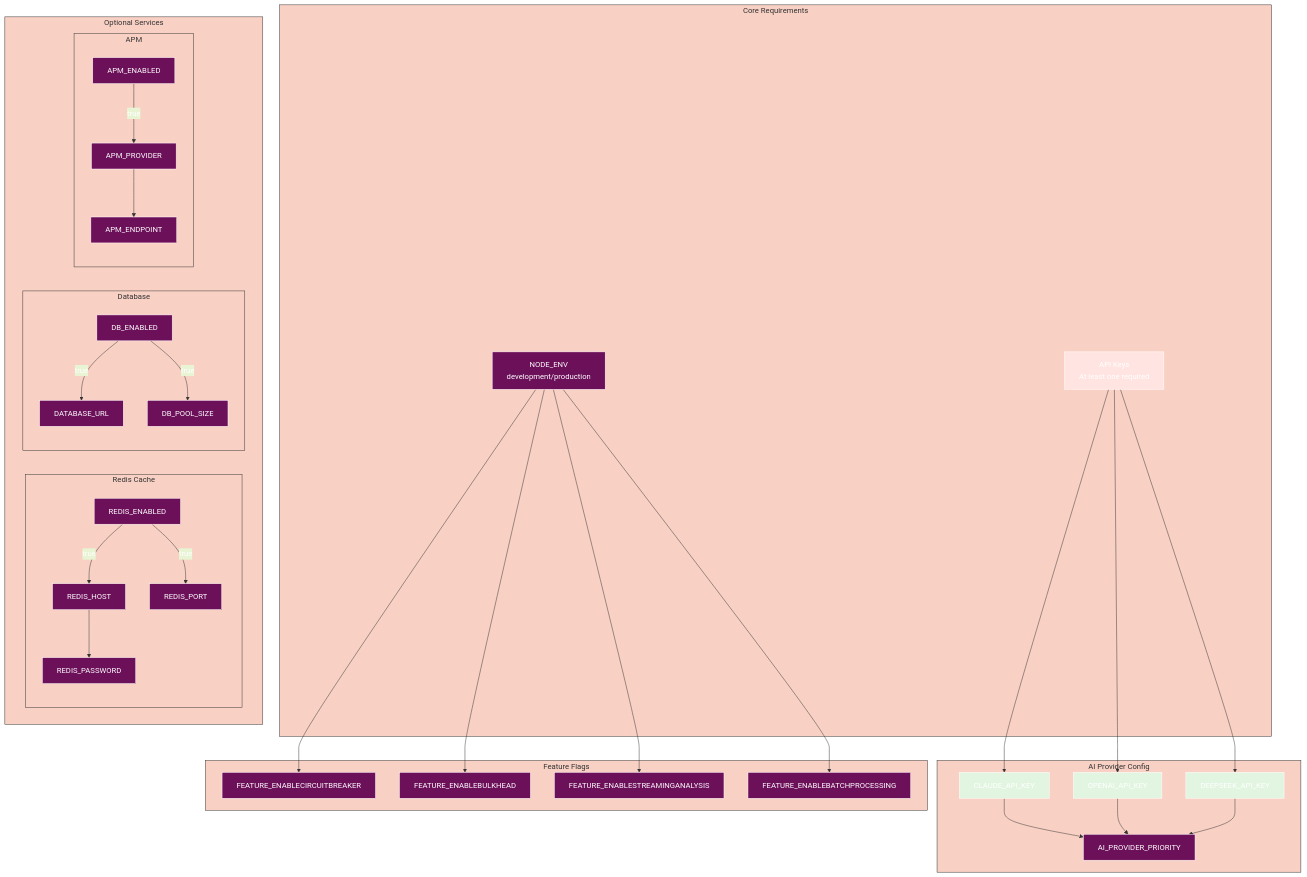
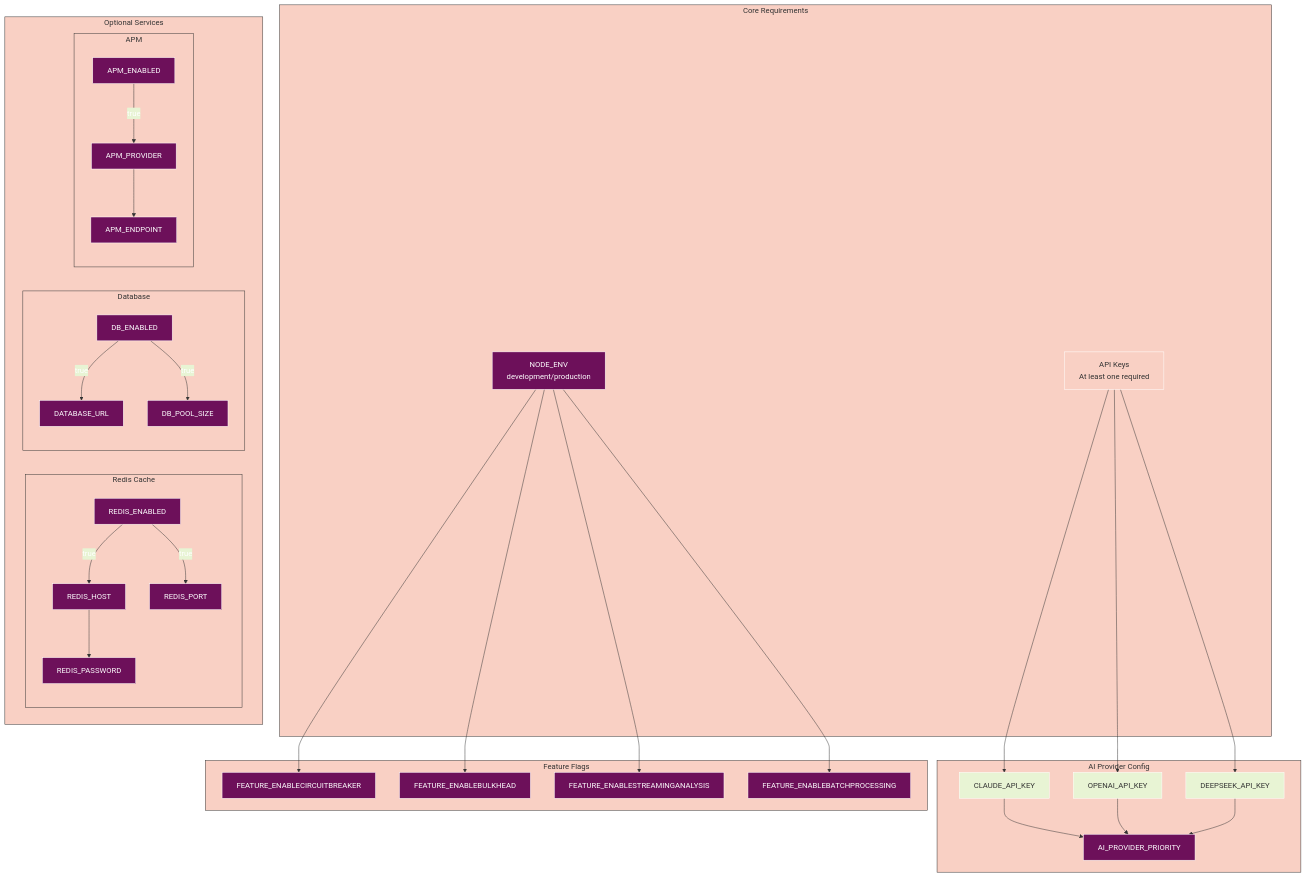
One commit to radicalkjax/Athena changed the third of 11 diagrams in docs/GETTING_STARTED.md. Above: the diagram before and after it, drawn with Mermaid. The commit also changed other lines of this file and 4 other files, not shown here.

Commit message:
updates to mermaid styling

````diff
--- a/docs/GETTING_STARTED.md
+++ b/docs/GETTING_STARTED.md
@@ -308,8 +308,8 @@
     NodeEnv --> Streaming
     NodeEnv --> BatchProcessing
     
-    style APIKeys fill:#ffe4e1
-    style Claude fill:#e1f5e1
-    style OpenAI fill:#e1f5e1
-    style DeepSeek fill:#e1f5e1
+    style APIKeys fill:#f9d0c4,color:#333
+    style Claude fill:#e8f4d4,color:#333
+    style OpenAI fill:#e8f4d4,color:#333
+    style DeepSeek fill:#e8f4d4,color:#333
 ```
````
